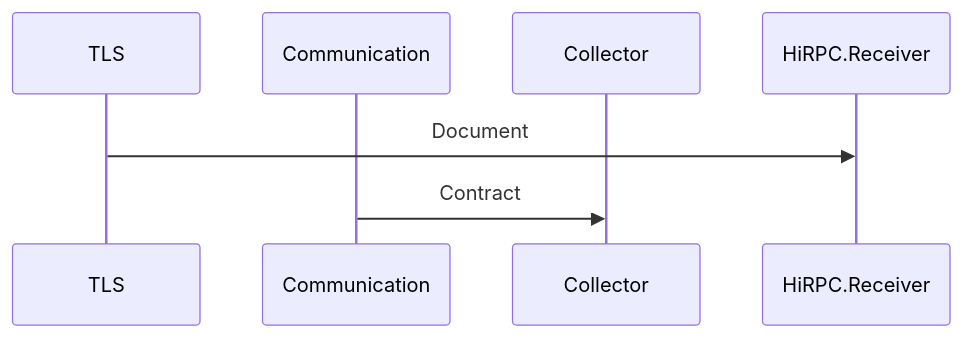
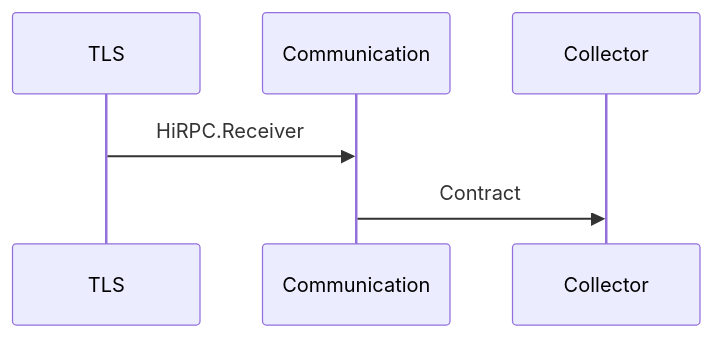
Before and after one commit to tagion/tagion: the diagram in documents/architecture/Communication.md, drawn with Mermaid.

````diff
--- a/documents/architecture/Communication.md
+++ b/documents/architecture/Communication.md
@@ -26,8 +26,8 @@
 ```mermaid
 sequenceDiagram
     participant TLS
     participant Communication
     participant Collector
-    TLS->>HiRPC.Receiver: Document
+    TLS->>Communication: HiRPC.Receiver
     Communication->>Collector: Contract
 ```
````
